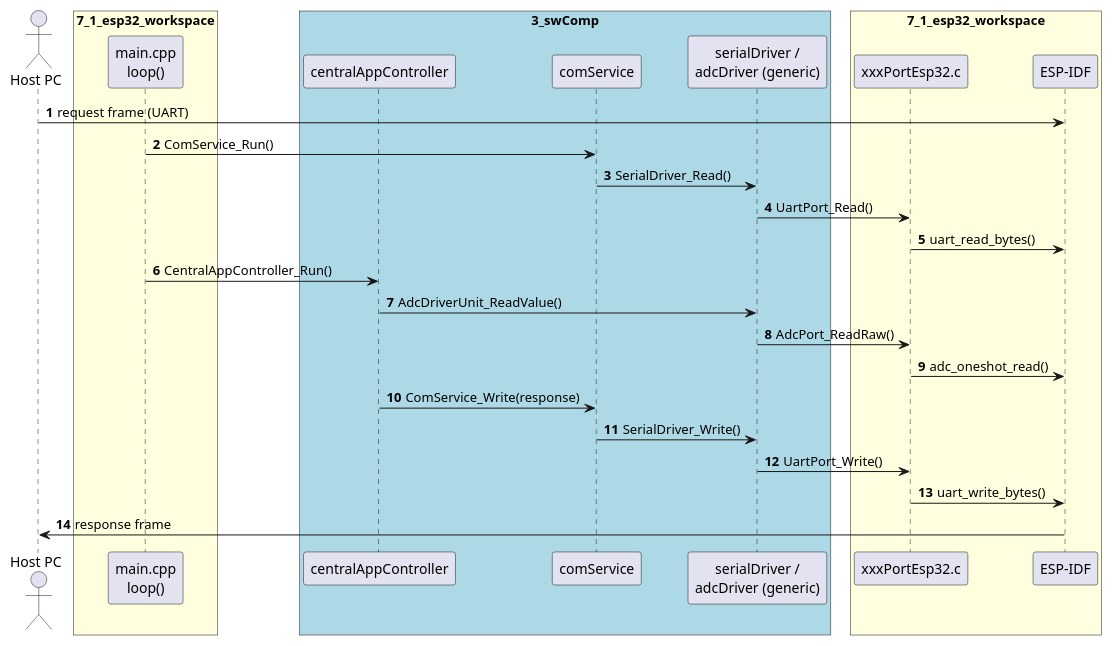
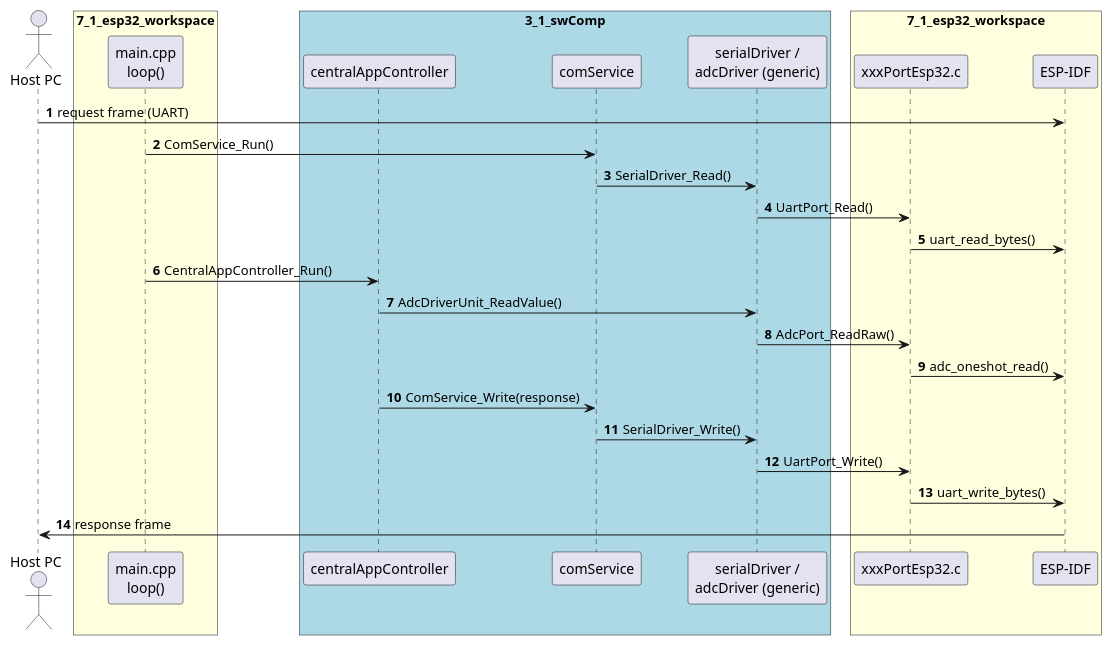
The diagram in 2_architecture/deploymentView/runtimeCallFlow.puml (LinhTrucVo/Bico_Protocol_Bridge), drawn with PlantUML before and after one commit. The commit also changed 448 other files, not shown here.

```diff
--- a/2_architecture/deploymentView/runtimeCallFlow.puml
+++ b/2_architecture/deploymentView/runtimeCallFlow.puml
@@ -1,31 +1,31 @@
 @startuml runtimeCallFlow
 autonumber
 actor "Host PC" as PC
 box "7_1_esp32_workspace" #LightYellow
   participant "main.cpp\nloop()" as MAIN
 end box
-box "3_swComp" #LightBlue
+box "3_1_swComp" #LightBlue
   participant "centralAppController" as CAC
   participant "comService" as COM
   participant "serialDriver /\nadcDriver (generic)" as DRV
 end box
 box "7_1_esp32_workspace" #LightYellow
   participant "xxxPortEsp32.c" as PORT
   participant "ESP-IDF" as IDF
 end box
 
 PC -> IDF : request frame (UART)
 MAIN -> COM : ComService_Run()
 COM -> DRV : SerialDriver_Read()
 DRV -> PORT : UartPort_Read()
 PORT -> IDF : uart_read_bytes()
 MAIN -> CAC : CentralAppController_Run()
 CAC -> DRV : AdcDriverUnit_ReadValue()
 DRV -> PORT : AdcPort_ReadRaw()
 PORT -> IDF : adc_oneshot_read()
 CAC -> COM : ComService_Write(response)
 COM -> DRV : SerialDriver_Write()
 DRV -> PORT : UartPort_Write()
 PORT -> IDF : uart_write_bytes()
 IDF -> PC : response frame
 @enduml
```
